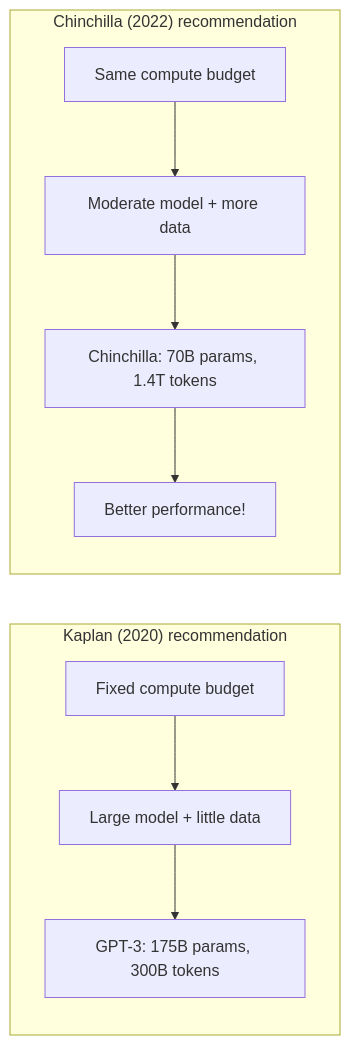
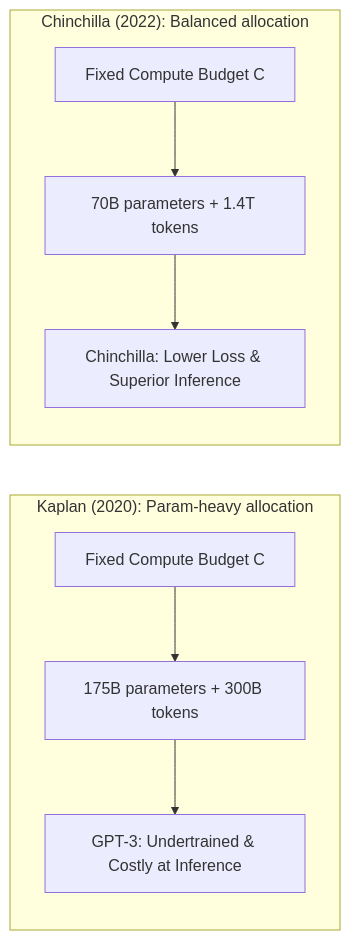
The first of 4 diagrams in en/chapters/03-scaling.md (yingwang/thinking-in-llm), drawn with Mermaid before and after one commit. The commit also changed other lines of this file and 31 other files, not shown here.

````diff
--- a/en/chapters/03-scaling.md
+++ b/en/chapters/03-scaling.md
@@ -119,13 +119,12 @@
 ```mermaid
 graph LR
-    subgraph "Kaplan (2020) recommendation"
-        K1["Fixed compute budget"] --> K2["Large model + little data"]
-        K2 --> K3["GPT-3: 175B params, 300B tokens"]
+    subgraph "Kaplan (2020): Param-heavy allocation"
+        K1["Fixed Compute Budget C"] --> K2["175B parameters + 300B tokens"]
+        K2 --> K3["GPT-3: Undertrained & Costly at Inference"]
     end
 
-    subgraph "Chinchilla (2022) recommendation"
-        C1["Same compute budget"] --> C2["Moderate model + more data"]
-        C2 --> C3["Chinchilla: 70B params, 1.4T tokens"]
-        C3 --> C4["Better performance!"]
+    subgraph "Chinchilla (2022): Balanced allocation"
+        C1["Fixed Compute Budget C"] --> C2["70B parameters + 1.4T tokens"]
+        C2 --> C3["Chinchilla: Lower Loss & Superior Inference"]
     end
 ```
````
